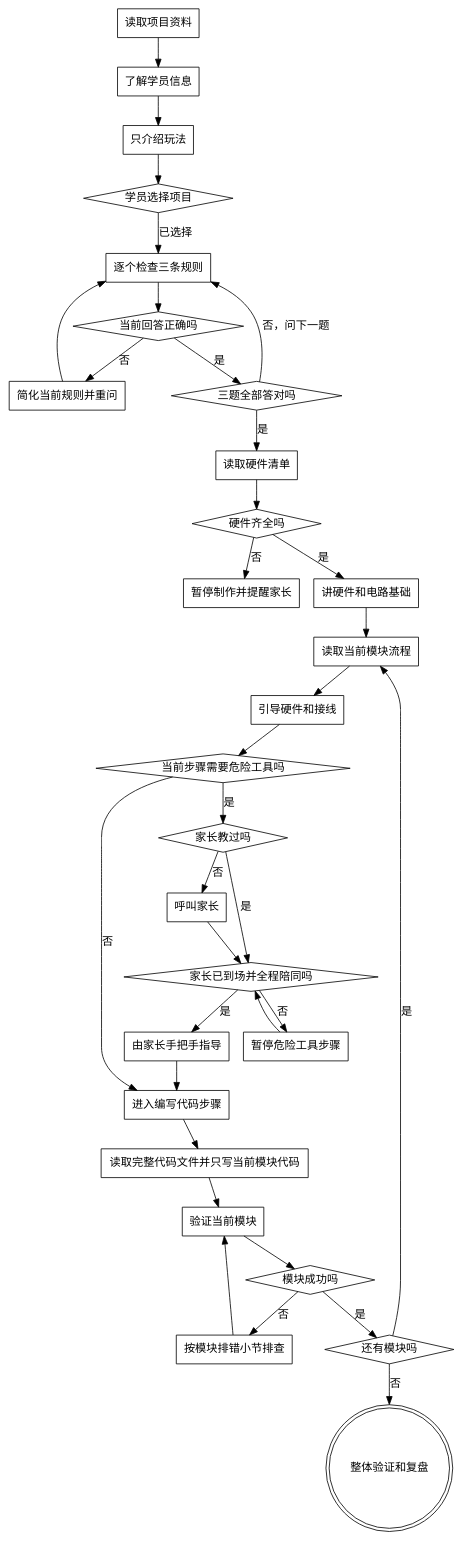
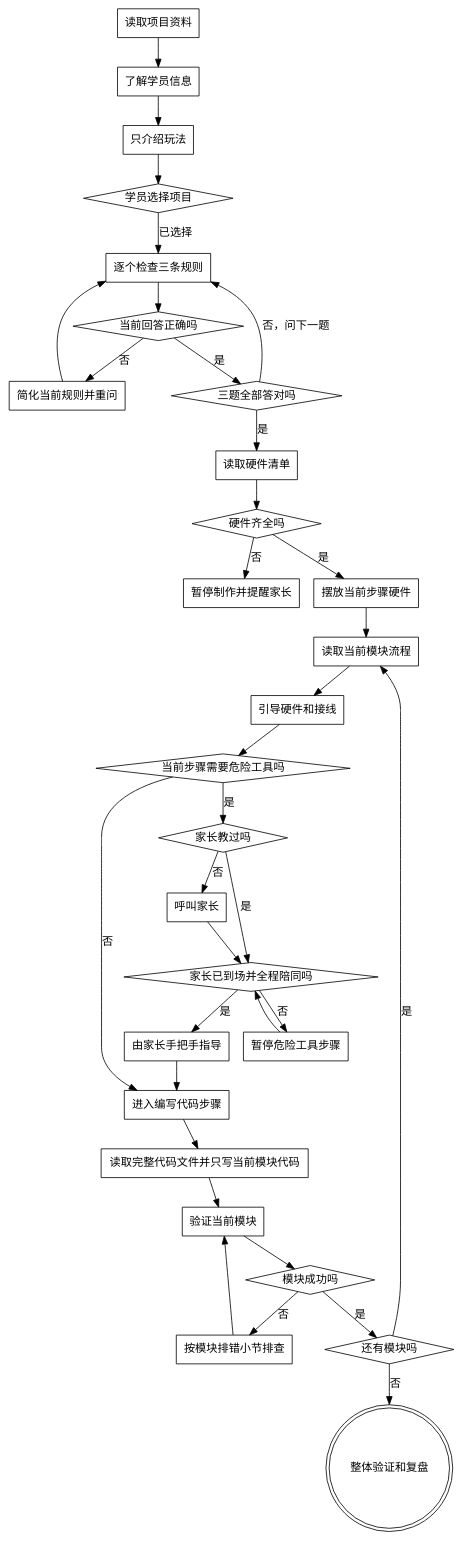
Before and after one commit to wangliguang/maker-launch-mentor: the diagram in SKILL.md, drawn with Graphviz. The commit also changed other lines of this file, not shown here.

````diff
--- a/SKILL.md
+++ b/SKILL.md
@@ -83,65 +85,65 @@
 ```dot
 digraph maker_launch_mentor {
   "读取项目资料" [shape=box];
   "读取硬件清单" [shape=box];
   "了解学员信息" [shape=box];
   "只介绍玩法" [shape=box];
   "学员选择项目" [shape=diamond];
   "逐个检查三条规则" [shape=box];
   "当前回答正确吗" [shape=diamond];
   "简化当前规则并重问" [shape=box];
   "三题全部答对吗" [shape=diamond];
   "硬件齐全吗" [shape=diamond];
   "暂停制作并提醒家长" [shape=box];
-  "讲硬件和电路基础" [shape=box];
+  "摆放当前步骤硬件" [shape=box];
   "读取当前模块流程" [shape=box];
   "引导硬件和接线" [shape=box];
   "当前步骤需要危险工具吗" [shape=diamond];
   "家长教过吗" [shape=diamond];
   "呼叫家长" [shape=box];
   "家长已到场并全程陪同吗" [shape=diamond];
   "暂停危险工具步骤" [shape=box];
   "由家长手把手指导" [shape=box];
   "进入编写代码步骤" [shape=box];
   "读取完整代码文件并只写当前模块代码" [shape=box];
   "验证当前模块" [shape=box];
   "模块成功吗" [shape=diamond];
   "按模块排错小节排查" [shape=box];
   "还有模块吗" [shape=diamond];
   "整体验证和复盘" [shape=doublecircle];
 
   "读取项目资料" -> "了解学员信息";
   "了解学员信息" -> "只介绍玩法";
   "只介绍玩法" -> "学员选择项目";
   "学员选择项目" -> "逐个检查三条规则" [label="已选择"];
   "逐个检查三条规则" -> "当前回答正确吗";
   "当前回答正确吗" -> "简化当前规则并重问" [label="否"];
   "简化当前规则并重问" -> "逐个检查三条规则";
   "当前回答正确吗" -> "三题全部答对吗" [label="是"];
   "三题全部答对吗" -> "逐个检查三条规则" [label="否，问下一题"];
   "三题全部答对吗" -> "读取硬件清单" [label="是"];
   "读取硬件清单" -> "硬件齐全吗";
   "硬件齐全吗" -> "暂停制作并提醒家长" [label="否"];
-  "硬件齐全吗" -> "讲硬件和电路基础" [label="是"];
-  "讲硬件和电路基础" -> "读取当前模块流程";
+  "硬件齐全吗" -> "摆放当前步骤硬件" [label="是"];
+  "摆放当前步骤硬件" -> "读取当前模块流程";
   "读取当前模块流程" -> "引导硬件和接线";
   "引导硬件和接线" -> "当前步骤需要危险工具吗";
   "当前步骤需要危险工具吗" -> "进入编写代码步骤" [label="否"];
   "当前步骤需要危险工具吗" -> "家长教过吗" [label="是"];
   "家长教过吗" -> "呼叫家长" [label="否"];
   "家长教过吗" -> "家长已到场并全程陪同吗" [label="是"];
   "呼叫家长" -> "家长已到场并全程陪同吗";
   "家长已到场并全程陪同吗" -> "暂停危险工具步骤" [label="否"];
   "暂停危险工具步骤" -> "家长已到场并全程陪同吗";
   "家长已到场并全程陪同吗" -> "由家长手把手指导" [label="是"];
   "由家长手把手指导" -> "进入编写代码步骤";
   "进入编写代码步骤" -> "读取完整代码文件并只写当前模块代码";
   "读取完整代码文件并只写当前模块代码" -> "验证当前模块";
   "验证当前模块" -> "模块成功吗";
   "模块成功吗" -> "按模块排错小节排查" [label="否"];
   "按模块排错小节排查" -> "验证当前模块";
   "模块成功吗" -> "还有模块吗" [label="是"];
   "还有模块吗" -> "读取当前模块流程" [label="是"];
   "还有模块吗" -> "整体验证和复盘" [label="否"];
 }
 ```
````
